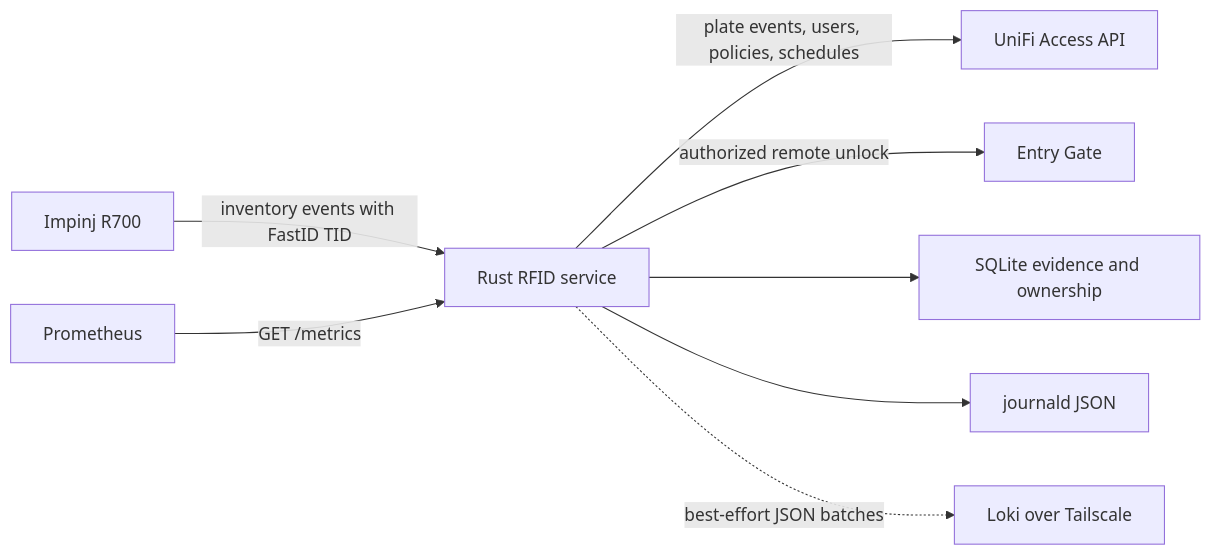
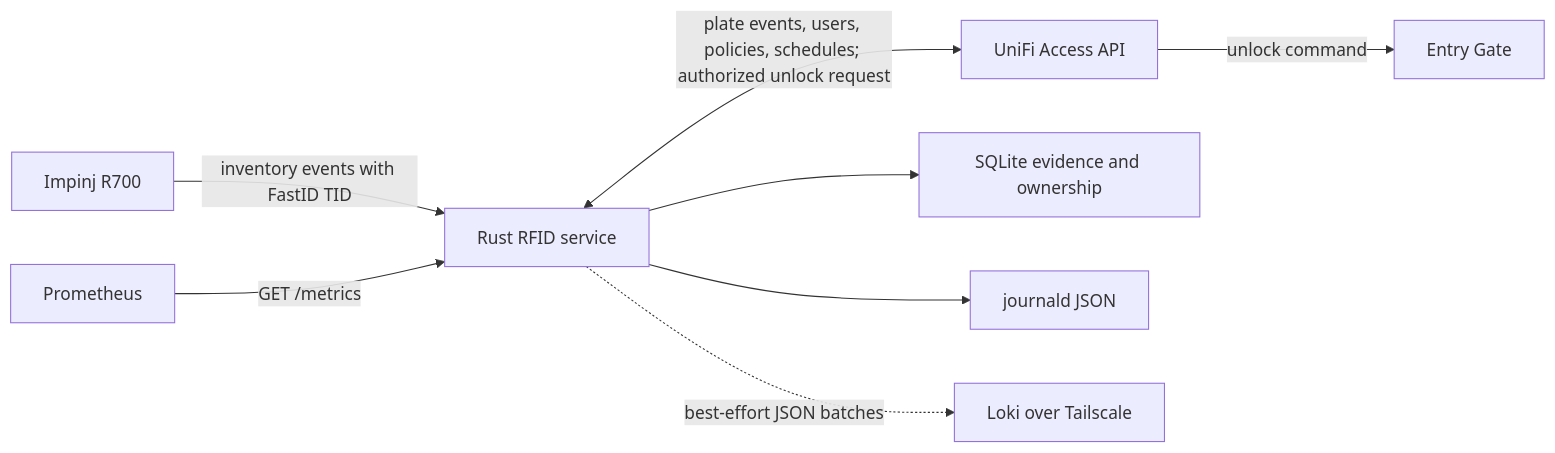
One commit to jpoehnelt/fcr-gate changed the diagram in docs/gateway-services.md. Above: the diagram before and after it, drawn with Mermaid. The commit also changed other lines of this file and 4 other files, not shown here.

````diff
--- a/docs/gateway-services.md
+++ b/docs/gateway-services.md
@@ -14,10 +14,10 @@
 ```mermaid
 flowchart LR
     R["Impinj R700"] -->|"inventory events with FastID TID"| S["Rust RFID service"]
-    S -->|"plate events, users, policies, schedules"| U["UniFi Access API"]
-    S -->|"authorized remote unlock"| G["Entry Gate"]
+    S <-->|"plate events, users, policies, schedules; authorized unlock request"| U["UniFi Access API"]
+    U -->|"unlock command"| G["Entry Gate"]
     S --> D["SQLite evidence and ownership"]
     S --> J["journald JSON"]
     S -.->|"best-effort JSON batches"| L["Loki over Tailscale"]
     H["Prometheus"] -->|"GET /metrics"| S
 ```
````
